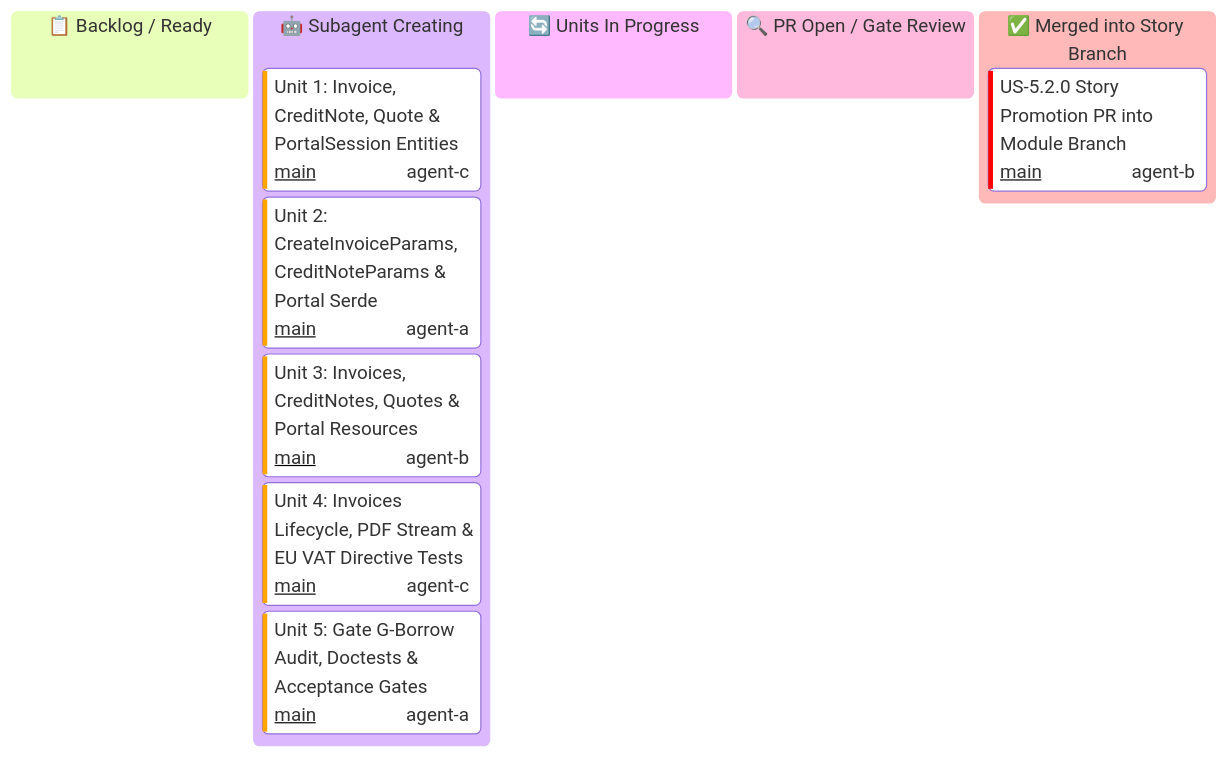
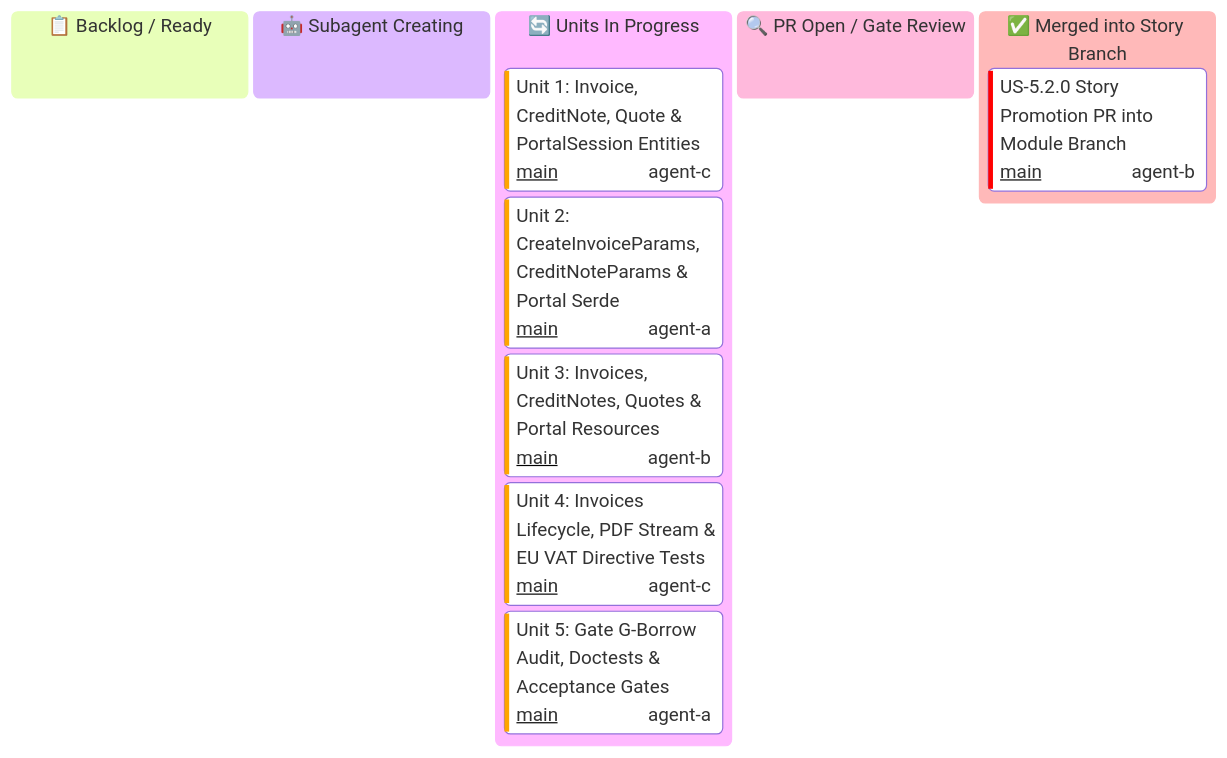
Before and after one commit to some-of-cs/some-stripe: the third of 3 diagrams in docs/user-stories/module-5-customers-and-billing/KANBAN.md, drawn with Mermaid. The commit also changed other lines of this file and 1 other file, not shown here.

Commit message:
docs(us-5.1.0): track active units in progress

````diff
--- a/docs/user-stories/module-5-customers-and-billing/KANBAN.md
+++ b/docs/user-stories/module-5-customers-and-billing/KANBAN.md
@@ -73,19 +73,19 @@
 ```mermaid
 ---
 config:
   kanban:
     ticketBaseUrl: 'https://github.com/some-of-cs/some-stripe/pull/#TICKET#'
 ---
 kanban
   todo[📋 Backlog / Ready]
   spawning[🤖 Subagent Creating]
+  in_progress[🔄 Units In Progress]
     u521[Unit 1: Invoice, CreditNote, Quote & PortalSession Entities]@{ ticket: 'main', assigned: 'agent-c', priority: 'High' }
     u522[Unit 2: CreateInvoiceParams, CreditNoteParams & Portal Serde]@{ ticket: 'main', assigned: 'agent-a', priority: 'High' }
     u523[Unit 3: Invoices, CreditNotes, Quotes & Portal Resources]@{ ticket: 'main', assigned: 'agent-b', priority: 'High' }
     u524[Unit 4: Invoices Lifecycle, PDF Stream & EU VAT Directive Tests]@{ ticket: 'main', assigned: 'agent-c', priority: 'High' }
     u525[Unit 5: Gate G-Borrow Audit, Doctests & Acceptance Gates]@{ ticket: 'main', assigned: 'agent-a', priority: 'High' }
-  in_progress[🔄 Units In Progress]
   review[🔍 PR Open / Gate Review]
   done[✅ Merged into Story Branch]
     s52_pr[US-5.2.0 Story Promotion PR into Module Branch]@{ ticket: 'main', assigned: 'agent-b', priority: 'Very High' }
 ```
````
